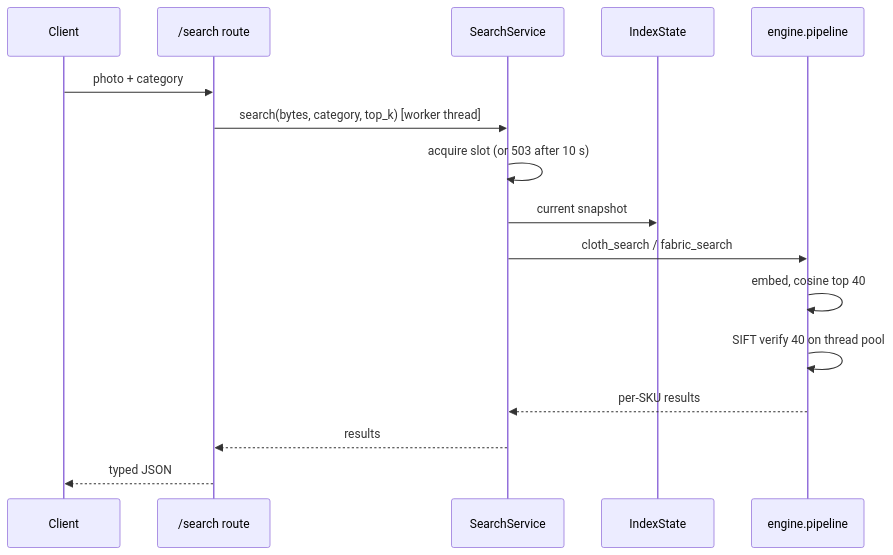
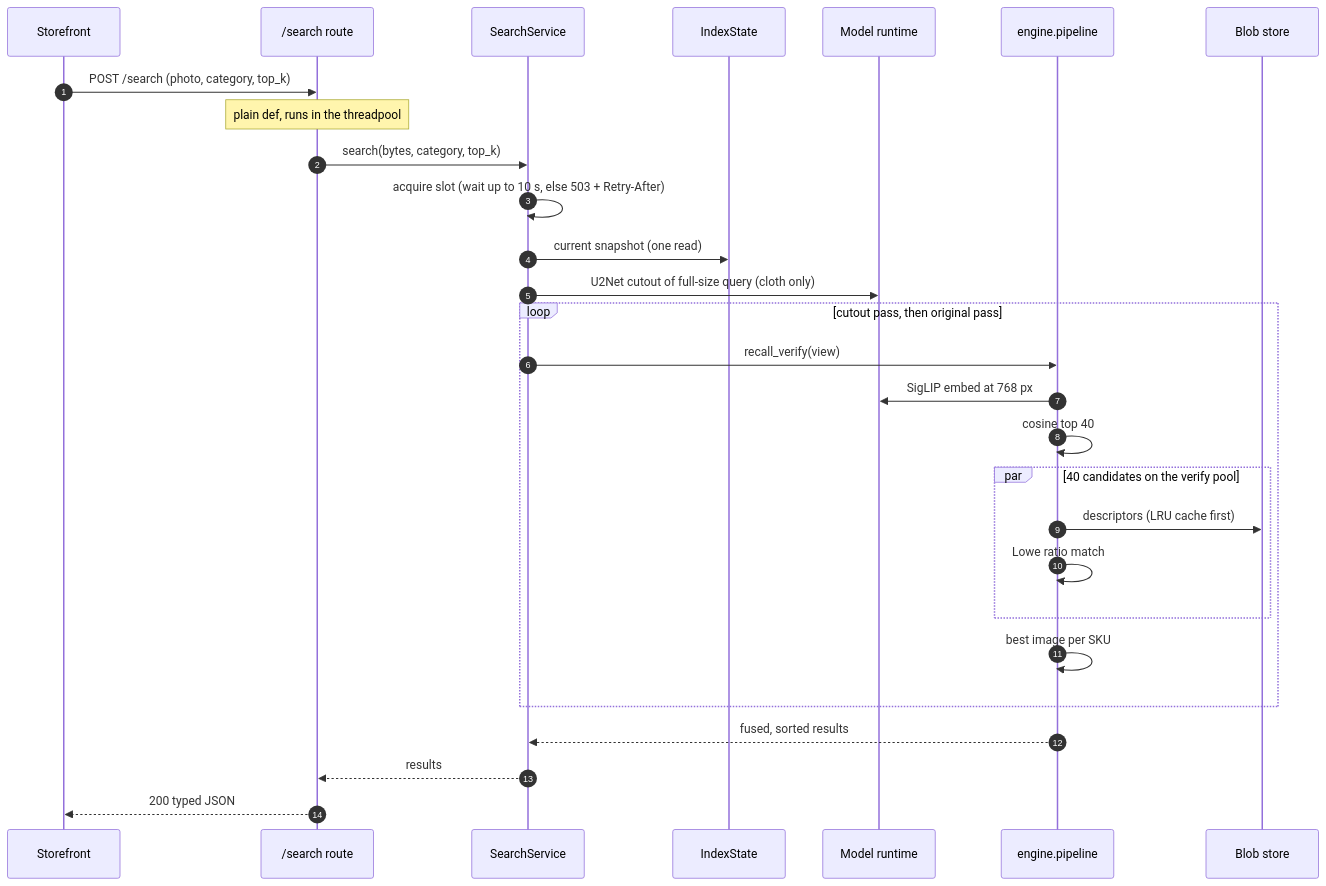
Before and after one commit to vivekkushalch/poshak: the first of 4 diagrams in docs/architecture.md, drawn with Mermaid. The commit also changed other lines of this file and 21 other files, not shown here.

First line of the commit message:
docs: company-grade architecture doc, measured benchmarks, README overhaul

````diff
--- a/docs/architecture.md
+++ b/docs/architecture.md
@@ -41,18 +143,30 @@
 ```mermaid
 sequenceDiagram
-    participant C as Client
-    participant R as /search route
+    autonumber
+    participant SF as Storefront
+    participant API as /search route
     participant S as SearchService
-    participant I as IndexState
+    participant IS as IndexState
+    participant M as Model runtime
     participant E as engine.pipeline
-    C->>R: photo + category
-    R->>S: search(bytes, category, top_k)  [worker thread]
-    S->>S: acquire slot (or 503 after 10 s)
-    S->>I: current snapshot
-    S->>E: cloth_search / fabric_search
-    E->>E: embed, cosine top 40
-    E->>E: SIFT verify 40 on thread pool
-    E-->>S: per-SKU results
-    S-->>R: results
-    R-->>C: typed JSON
+    participant B as Blob store
+    SF->>API: POST /search (photo, category, top_k)
+    Note over API: plain def, runs in the threadpool
+    API->>S: search(bytes, category, top_k)
+    S->>S: acquire slot (wait up to 10 s, else 503 + Retry-After)
+    S->>IS: current snapshot (one read)
+    S->>M: U2Net cutout of full-size query (cloth only)
+    loop cutout pass, then original pass
+        S->>E: recall_verify(view)
+        E->>M: SigLIP embed at 768 px
+        E->>E: cosine top 40
+        par 40 candidates on the verify pool
+            E->>B: descriptors (LRU cache first)
+            E->>E: Lowe ratio match
+        end
+        E->>E: best image per SKU
+    end
+    E-->>S: fused, sorted results
+    S-->>API: results
+    API-->>SF: 200 typed JSON
 ```
````
